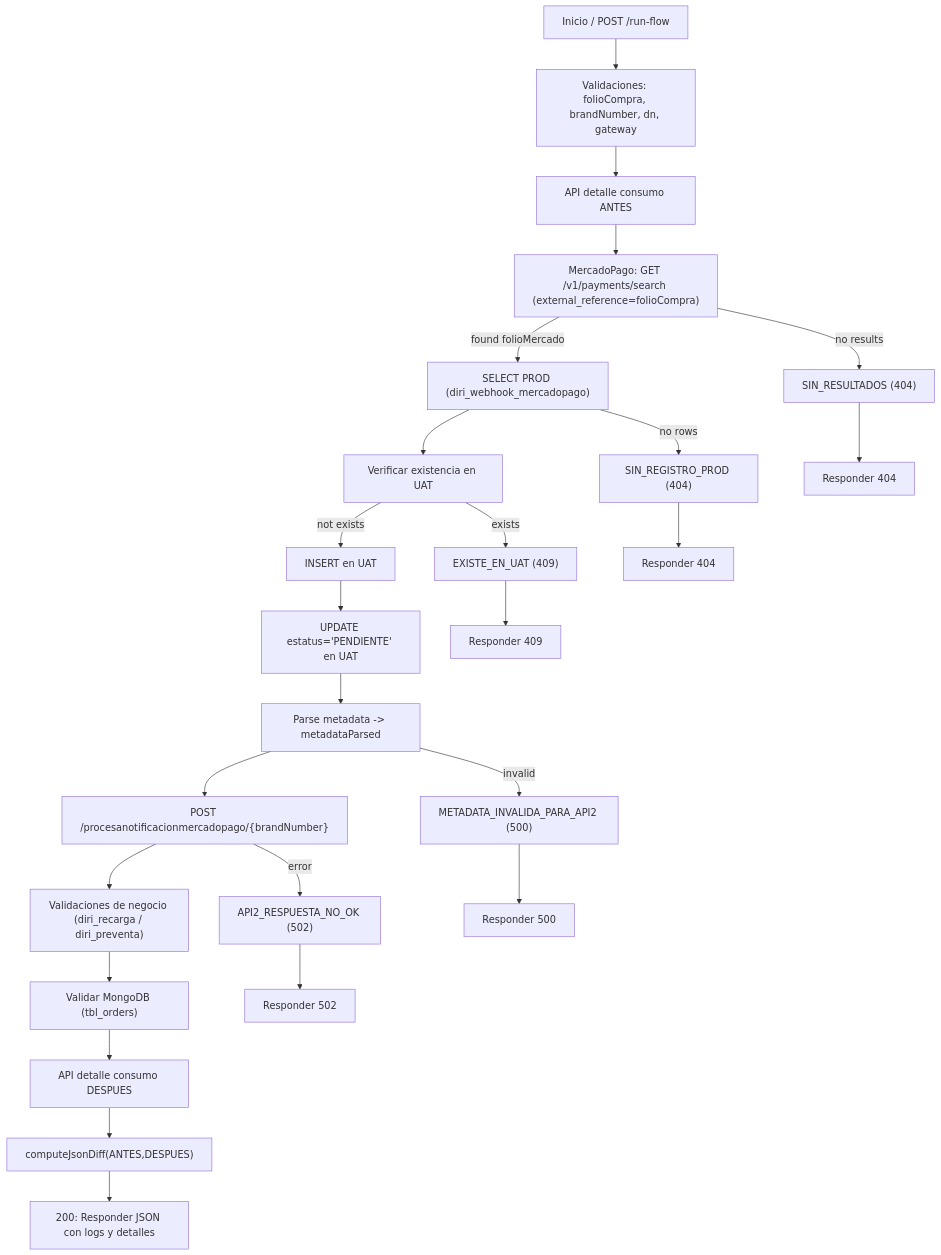
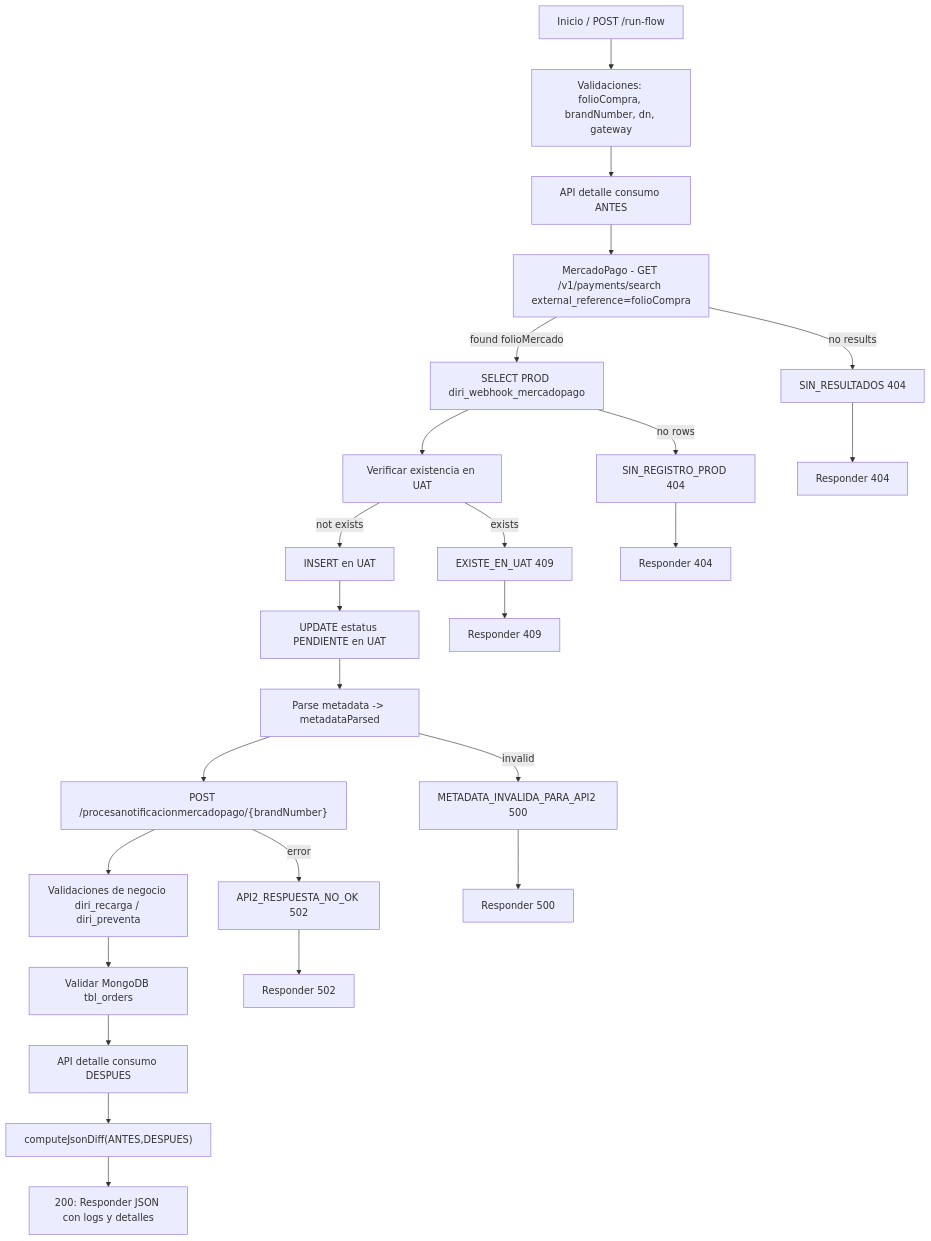
The first of 6 diagrams in README.md (EdgarViOl/QA_Diri), drawn with Mermaid before and after one commit. The commit also changed other lines of this file and 1 other file, not shown here.

````diff
--- a/README.md
+++ b/README.md
@@ -97,27 +96,27 @@
 ```mermaid
 flowchart TD
   Start["Inicio / POST /run-flow"] --> Validaciones["Validaciones: folioCompra, brandNumber, dn, gateway"]
   Validaciones --> ConsumoAntes["API detalle consumo ANTES"]
-  ConsumoAntes --> MPsearch["MercadoPago: GET /v1/payments/search (external_reference=folioCompra)"]
-  MPsearch -->|no results| NoResults["SIN_RESULTADOS (404)"]
-  MPsearch -->|found folioMercado| ConsultaProd["SELECT PROD (diri_webhook_mercadopago)"]
-  ConsultaProd -->|no rows| NoProd["SIN_REGISTRO_PROD (404)"]
+  ConsumoAntes --> MPsearch["MercadoPago - GET /v1/payments/search external_reference=folioCompra"]
+  MPsearch -->|"no results"| NoResults["SIN_RESULTADOS 404"]
+  MPsearch -->|"found folioMercado"| ConsultaProd["SELECT PROD diri_webhook_mercadopago"]
+  ConsultaProd -->|"no rows"| NoProd["SIN_REGISTRO_PROD 404"]
   ConsultaProd --> VerificarUat["Verificar existencia en UAT"]
-  VerificarUat -->|exists| ExisteUat["EXISTE_EN_UAT (409)"]
-  VerificarUat -->|not exists| InsertUat["INSERT en UAT"]
-  InsertUat --> UpdateUat["UPDATE estatus='PENDIENTE' en UAT"]
+  VerificarUat -->|"exists"| ExisteUat["EXISTE_EN_UAT 409"]
+  VerificarUat -->|"not exists"| InsertUat["INSERT en UAT"]
+  InsertUat --> UpdateUat["UPDATE estatus PENDIENTE en UAT"]
   UpdateUat --> ParseMetadata["Parse metadata -> metadataParsed"]
-  ParseMetadata -->|invalid| MetadataInvalid["METADATA_INVALIDA_PARA_API2 (500)"]
+  ParseMetadata -->|"invalid"| MetadataInvalid["METADATA_INVALIDA_PARA_API2 500"]
   ParseMetadata --> CallAPI["POST /procesanotificacionmercadopago/{brandNumber}"]
-  CallAPI -->|error| ApiError["API2_RESPUESTA_NO_OK (502)"]
-  CallAPI --> ValidacionesNegocio["Validaciones de negocio (diri_recarga / diri_preventa)"]
-  ValidacionesNegocio --> MongoVal["Validar MongoDB (tbl_orders)"]
+  CallAPI -->|"error"| ApiError["API2_RESPUESTA_NO_OK 502"]
+  CallAPI --> ValidacionesNegocio["Validaciones de negocio diri_recarga / diri_preventa"]
+  ValidacionesNegocio --> MongoVal["Validar MongoDB tbl_orders"]
   MongoVal --> ConsumoDespues["API detalle consumo DESPUES"]
   ConsumoDespues --> ComputeDiff["computeJsonDiff(ANTES,DESPUES)"]
   ComputeDiff --> Response["200: Responder JSON con logs y detalles"]
   NoResults --> ResponseErr1["Responder 404"]
   NoProd --> ResponseErr2["Responder 404"]
   ExisteUat --> ResponseErr3["Responder 409"]
   MetadataInvalid --> ResponseErr4["Responder 500"]
   ApiError --> ResponseErr5["Responder 502"]
 ```
````
